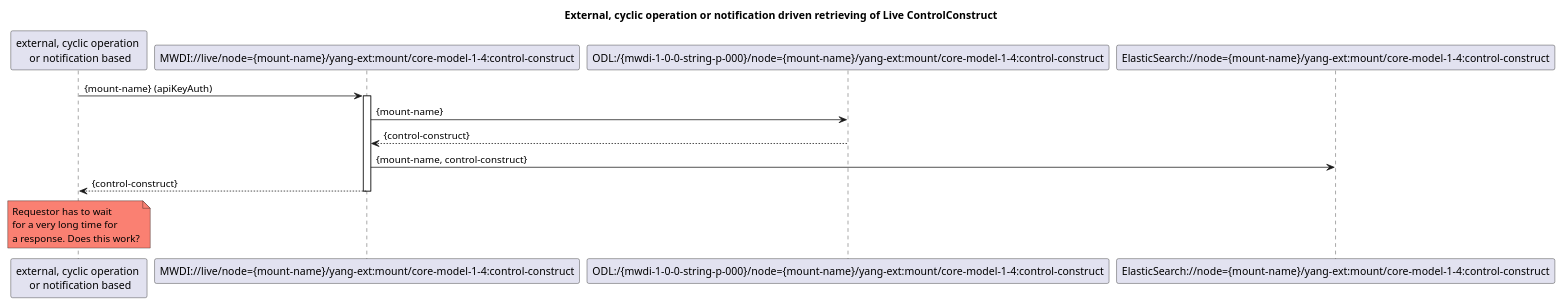
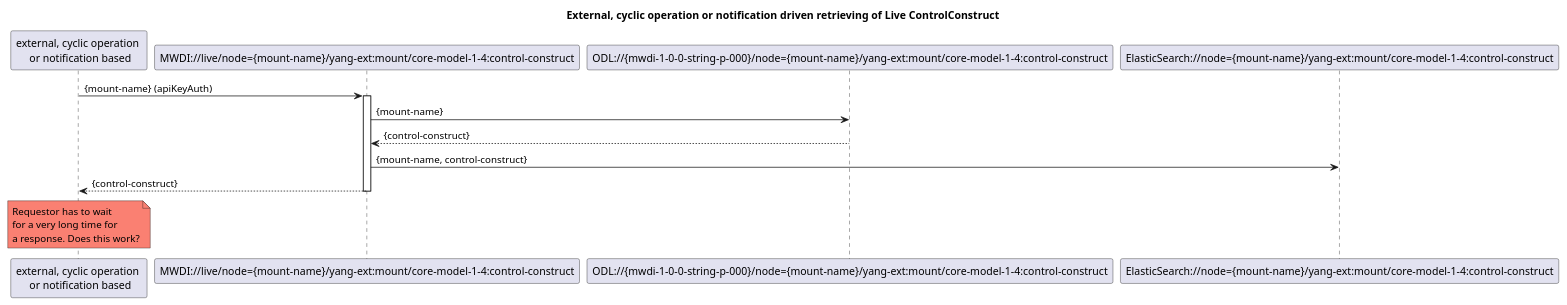
One commit to openBackhaul/MicroWaveDeviceInventory changed the diagram in spec/diagrams/500_LiveControlConstruct.plantuml. Above: the diagram before and after it, drawn with PlantUML. The commit also changed 3 other files, not shown here.

Commit message:
update diagrams

```diff
--- a/spec/diagrams/500_LiveControlConstruct.plantuml
+++ b/spec/diagrams/500_LiveControlConstruct.plantuml
@@ -1,26 +1,26 @@
 @startuml 500_LiveControlConstruct
 skinparam responseMessageBelowArrow true
 
 title  External, cyclic operation or notification driven retrieving of Live ControlConstruct
 
 participant "external, cyclic operation \n or notification based" as requestor
 participant "MWDI://live/node={mount-name}/yang-ext:mount/core-model-1-4:control-construct" as LiveControlConstruct
-participant "ODL:/{mwdi-1-0-0-string-p-000}/node={mount-name}/yang-ext:mount/core-model-1-4:control-construct" as OdlControlConstruct
+participant "ODL://{mwdi-1-0-0-string-p-000}/node={mount-name}/yang-ext:mount/core-model-1-4:control-construct" as OdlControlConstruct
 participant "ElasticSearch://node={mount-name}/yang-ext:mount/core-model-1-4:control-construct" as EsControlConstruct
 
 requestor -> LiveControlConstruct: {mount-name} (apiKeyAuth)
 activate LiveControlConstruct
 
 LiveControlConstruct -> OdlControlConstruct: {mount-name}
 OdlControlConstruct --> LiveControlConstruct: {control-construct}
 
 LiveControlConstruct -> EsControlConstruct: {mount-name, control-construct}
 
 LiveControlConstruct --> requestor: {control-construct}
 deactivate LiveControlConstruct
 
 skinparam NoteBackgroundColor salmon
 note over requestor: Requestor has to wait \nfor a very long time for \na response. Does this work?
 skinparam NoteBackgroundColor default
 
 @enduml
```
